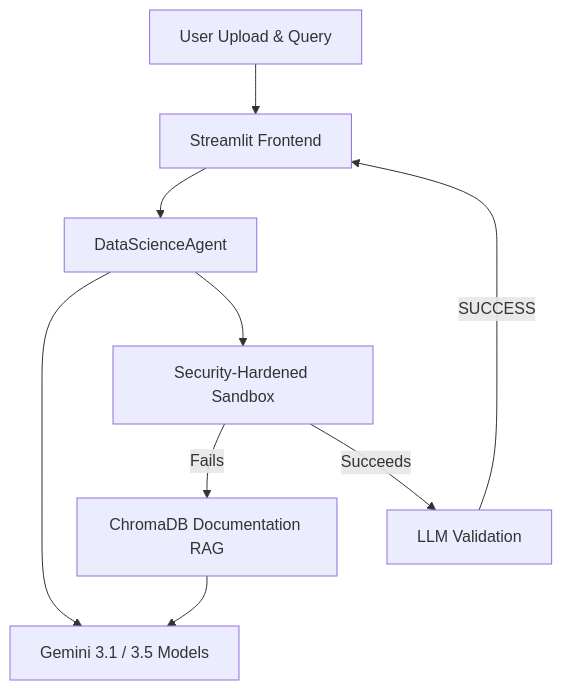
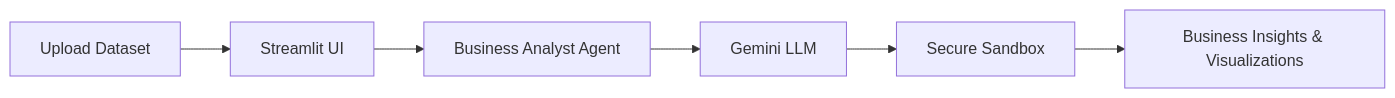
The first of 3 diagrams in Main_Project_Tanishk_sharma_Autonomous-Business-Analyst-CoPilot/README.md (Tanishk-sharma9905/Tanishk_Sharma_JECRC_DS_Assignments), drawn with Mermaid before and after one commit. The commit also changed other lines of this file, not shown here.

````diff
--- a/Main_Project_Tanishk_sharma_Autonomous-Business-Analyst-CoPilot/README.md
+++ b/Main_Project_Tanishk_sharma_Autonomous-Business-Analyst-CoPilot/README.md
@@ -17,11 +36,8 @@
 ```mermaid
-graph TD;
-    User[User Upload & Query] --> UI[Streamlit Frontend]
-    UI --> Agent[DataScienceAgent]
-    Agent --> LLM[Gemini 3.1 / 3.5 Models]
-    Agent --> Sandbox[Security-Hardened Sandbox]
-    Sandbox -- Fails --> RAG[ChromaDB Documentation RAG]
-    RAG --> LLM
-    Sandbox -- Succeeds --> LLM2[LLM Validation]
-    LLM2 -- SUCCESS --> UI
+flowchart LR
+    A[Upload Dataset] --> B[Streamlit UI]
+    B --> C[Business Analyst Agent]
+    C --> D[Gemini LLM]
+    D --> E[Secure Sandbox]
+    E --> F[Business Insights & Visualizations]
 ```
````
